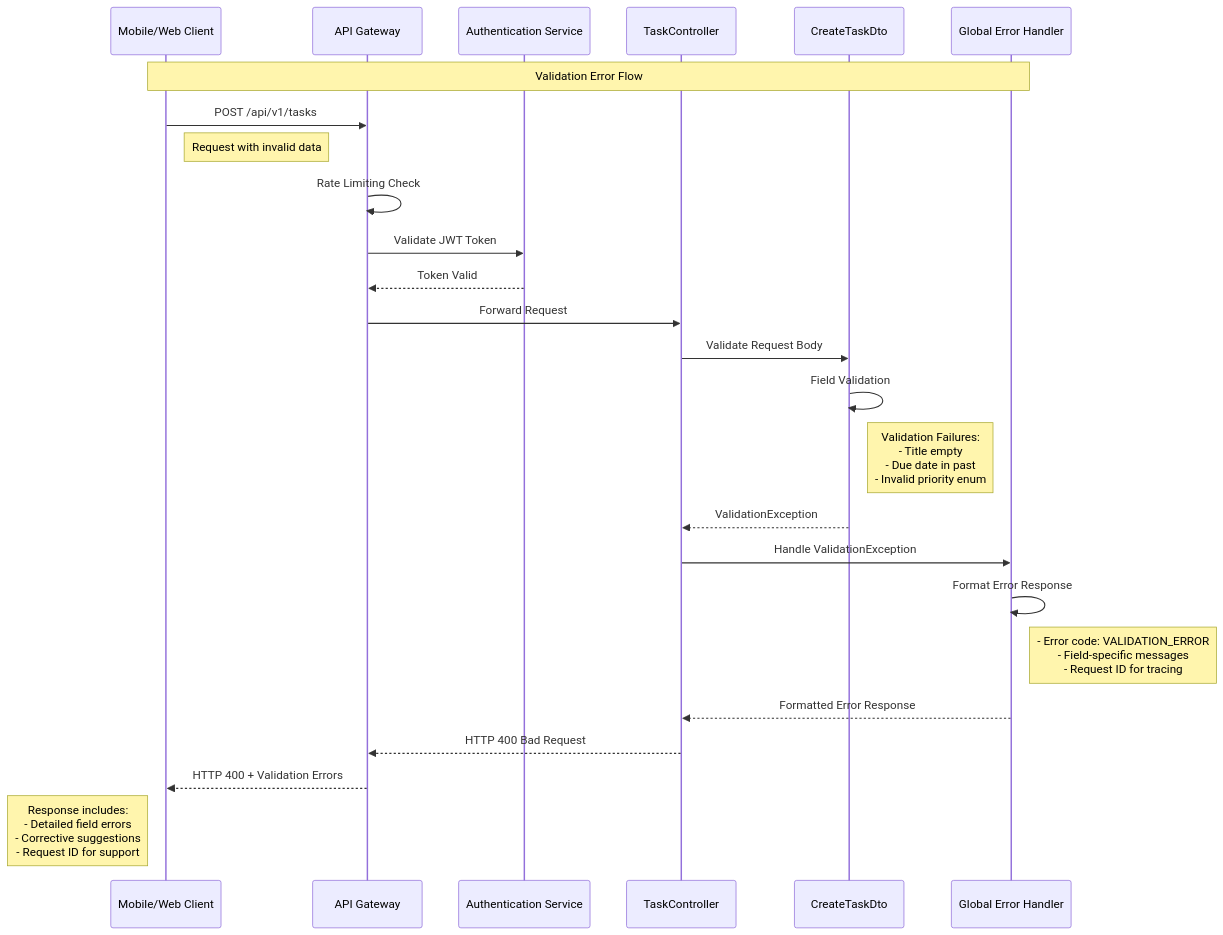
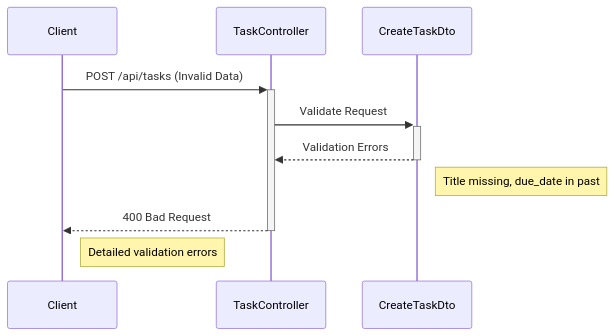
The third of 6 diagrams in API Development/Components and Sequence Diagrams/sequence_diagram.md (ThapaswiASC/SCIB-INCEPTION-PHASE-DEMO), drawn with Mermaid before and after one commit. The commit also changed other lines of this file and 1 other file, not shown here.

````diff
--- a/API Development/Components and Sequence Diagrams/sequence_diagram.md
+++ b/API Development/Components and Sequence Diagrams/sequence_diagram.md
@@ -126,36 +118,13 @@
 ```mermaid
 sequenceDiagram
-    participant Client as Mobile/Web Client
-    participant Gateway as API Gateway
-    participant Auth as Authentication Service
+    participant Client
     participant Controller as TaskController
     participant DTO as CreateTaskDto
-    participant ErrorHandler as Global Error Handler
-
-    Note over Client,ErrorHandler: Validation Error Flow
     
-    Client->>Gateway: POST /api/v1/tasks
-    Note right of Client: Request with invalid data
-    
-    Gateway->>Gateway: Rate Limiting Check
-    Gateway->>Auth: Validate JWT Token
-    Auth-->>Gateway: Token Valid
-    
-    Gateway->>Controller: Forward Request
-    Controller->>DTO: Validate Request Body
-    
-    DTO->>DTO: Field Validation
-    Note right of DTO: Validation Failures:<br/>- Title empty<br/>- Due date in past<br/>- Invalid priority enum
-    
-    DTO-->>Controller: ValidationException
-    
-    Controller->>ErrorHandler: Handle ValidationException
-    ErrorHandler->>ErrorHandler: Format Error Response
-    Note right of ErrorHandler: - Error code: VALIDATION_ERROR<br/>- Field-specific messages<br/>- Request ID for tracing
-    
-    ErrorHandler-->>Controller: Formatted Error Response
-    Controller-->>Gateway: HTTP 400 Bad Request
-    Gateway-->>Client: HTTP 400 + Validation Errors
-    
-    Note left of Client: Response includes:<br/>- Detailed field errors<br/>- Corrective suggestions<br/>- Request ID for support
+    Client->>+Controller: POST /api/tasks (Invalid Data)
+    Controller->>+DTO: Validate Request
+    DTO-->>-Controller: Validation Errors
+    Note right of DTO: Title missing, due_date in past
+    Controller-->>-Client: 400 Bad Request
+    Note right of Client: Detailed validation errors
 ```
````
